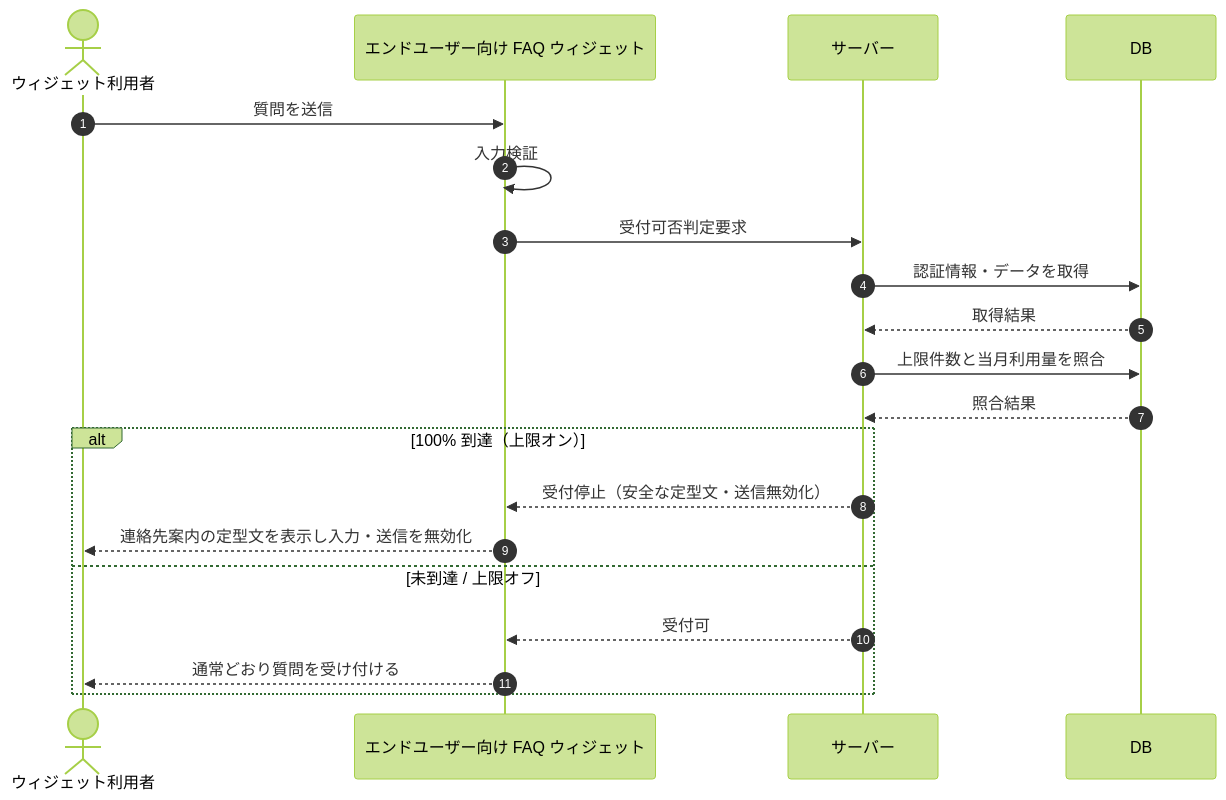
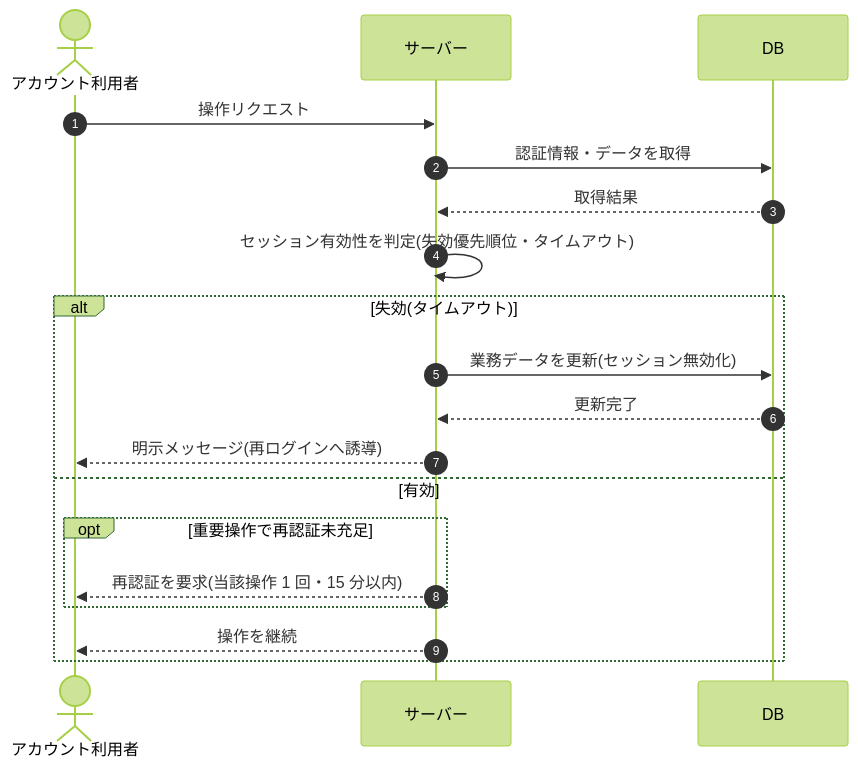
Before and after one commit to sikakou54/open-faq: the diagram in 02_basic_design/03_sequences/SEQ-100.md, drawn with Mermaid (forest theme). The commit also changed other lines of this file and 395 other files, not shown here.

````diff
--- a/02_basic_design/03_sequences/SEQ-100.md
+++ b/02_basic_design/03_sequences/SEQ-100.md
@@ -25,22 +25,21 @@
 ```mermaid
 sequenceDiagram
   autonumber
-  actor U as ウィジェット利用者
-  participant Screen as エンドユーザー向け FAQ ウィジェット
+  actor U as アカウント利用者
   participant Server as サーバー
   participant DB as DB
-  U->>Screen: 質問を送信
-  Screen->>Screen: 入力検証
-  Screen->>Server: 受付可否判定要求
+  U->>Server: 操作リクエスト
   Server->>DB: 認証情報・データを取得
   DB-->>Server: 取得結果
-  Server->>DB: 上限件数と当月利用量を照合
-  DB-->>Server: 照合結果
-  alt 100% 到達（上限オン）
-    Server-->>Screen: 受付停止（安全な定型文・送信無効化）
-    Screen-->>U: 連絡先案内の定型文を表示し入力・送信を無効化
-  else 未到達 / 上限オフ
-    Server-->>Screen: 受付可
-    Screen-->>U: 通常どおり質問を受け付ける
+  Server->>Server: セッション有効性を判定(失効優先順位・タイムアウト)
+  alt 失効(タイムアウト)
+    Server->>DB: 業務データを更新(セッション無効化)
+    DB-->>Server: 更新完了
+    Server-->>U: 明示メッセージ(再ログインへ誘導)
+  else 有効
+    opt 重要操作で再認証未充足
+      Server-->>U: 再認証を要求(当該操作 1 回・15 分以内)
+    end
+    Server-->>U: 操作を継続
   end
 ```
````
